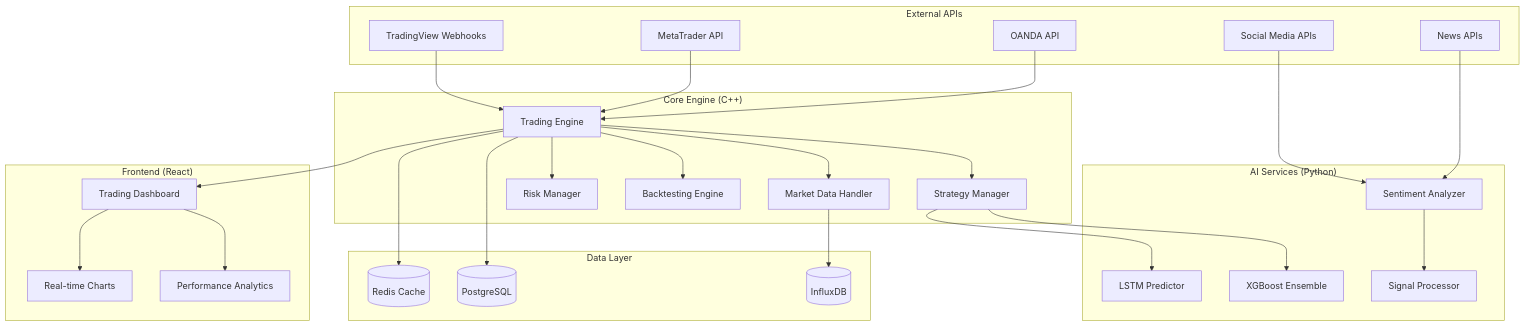
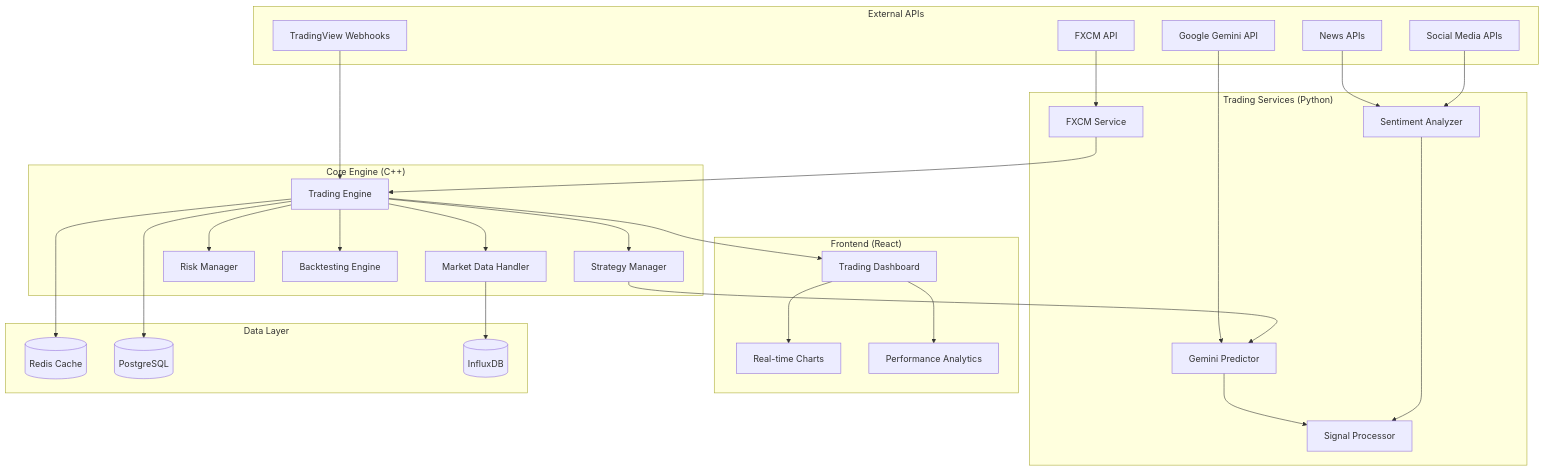
Before and after one commit to PTA-Avenger/Forex-Scalper-Bot: the diagram in README.md, drawn with Mermaid. The commit also changed other lines of this file and 11 other files, not shown here.

Commit message:
Add FXCM broker integration with Python service and C++ client

````diff
--- a/README.md
+++ b/README.md
@@ -46,60 +46,61 @@
 ```mermaid
 graph TB
     subgraph "External APIs"
-        OANDA[OANDA API]
-        MT[MetaTrader API]
+        FXCM[FXCM API]
+        GEMINI[Google Gemini API]
         TV[TradingView Webhooks]
         NEWS[News APIs]
         SOCIAL[Social Media APIs]
     end
     
     subgraph "Core Engine (C++)"
         ENGINE[Trading Engine]
         MARKET[Market Data Handler]
         STRATEGY[Strategy Manager]
         RISK[Risk Manager]
         BACKTEST[Backtesting Engine]
     end
     
-    subgraph "AI Services (Python)"
-        LSTM[LSTM Predictor]
-        XGB[XGBoost Ensemble]
+    subgraph "Trading Services (Python)"
+        FXCM_SVC[FXCM Service]
+        GEMINI_PRED[Gemini Predictor]
         SENTIMENT[Sentiment Analyzer]
         SIGNAL[Signal Processor]
     end
     
     subgraph "Frontend (React)"
         DASHBOARD[Trading Dashboard]
         CHARTS[Real-time Charts]
         ANALYTICS[Performance Analytics]
     end
     
     subgraph "Data Layer"
         REDIS[(Redis Cache)]
         POSTGRES[(PostgreSQL)]
         INFLUX[(InfluxDB)]
     end
     
-    OANDA --> ENGINE
-    MT --> ENGINE
+    FXCM --> FXCM_SVC
+    GEMINI --> GEMINI_PRED
     TV --> ENGINE
     NEWS --> SENTIMENT
     SOCIAL --> SENTIMENT
     
+    FXCM_SVC --> ENGINE
     ENGINE --> MARKET
     ENGINE --> STRATEGY
     ENGINE --> RISK
     ENGINE --> BACKTEST
     
-    STRATEGY --> LSTM
-    STRATEGY --> XGB
+    STRATEGY --> GEMINI_PRED
+    GEMINI_PRED --> SIGNAL
     SENTIMENT --> SIGNAL
     
     ENGINE --> DASHBOARD
     DASHBOARD --> CHARTS
     DASHBOARD --> ANALYTICS
     
     ENGINE --> REDIS
     ENGINE --> POSTGRES
     MARKET --> INFLUX
 ```
````
